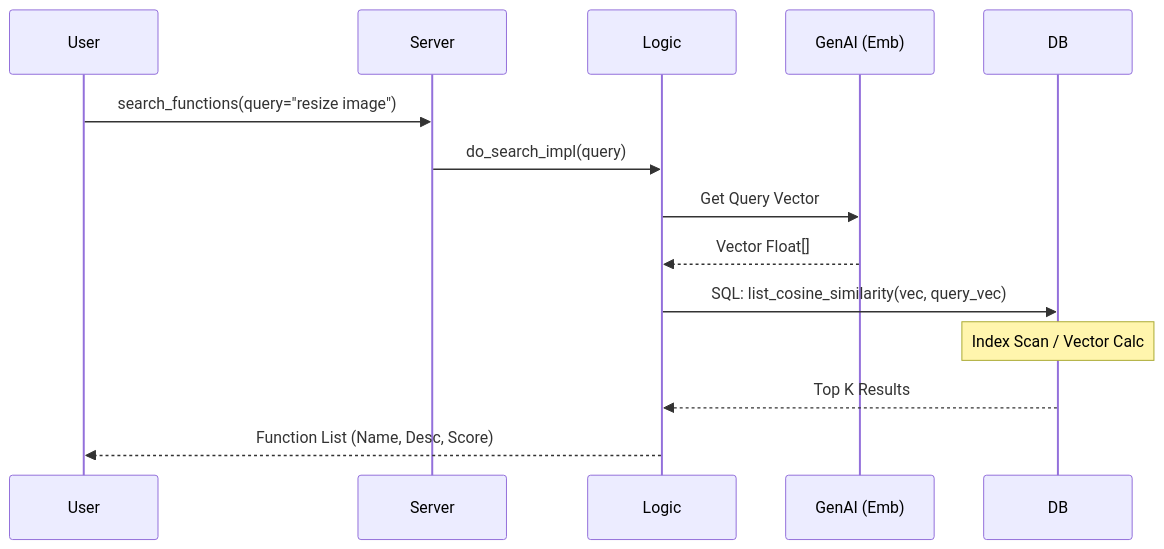
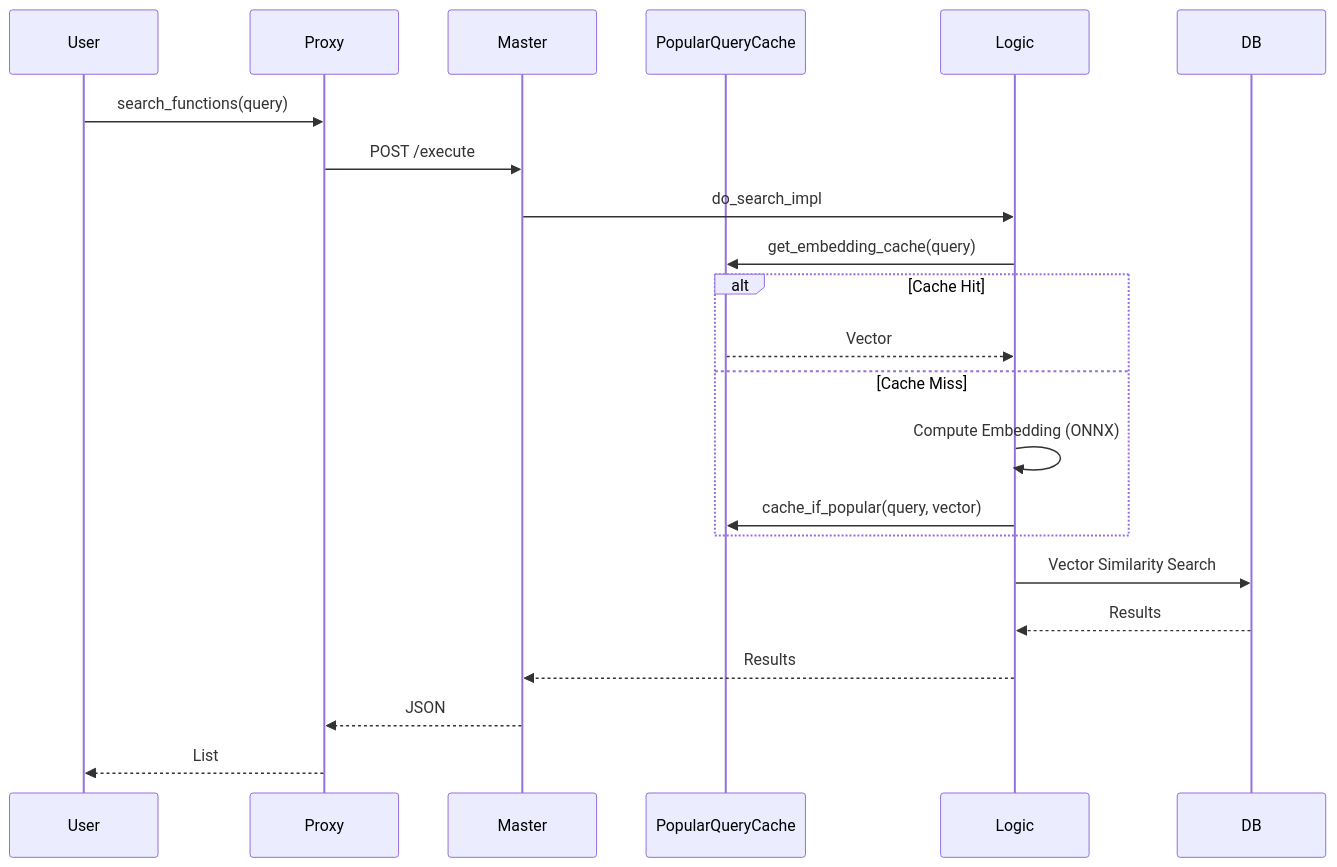
Before and after one commit to Ayato-AI-for-Auto/function-store-mcp: the fourth of 4 diagrams in docs/システム詳細設計書.md, drawn with Mermaid. The commit also changed other lines of this file and 58 other files, not shown here.

````diff
--- a/docs/システム詳細設計書.md
+++ b/docs/システム詳細設計書.md
@@ -233,18 +223,27 @@
 ```mermaid
 sequenceDiagram
     participant User
-    participant Server
+    participant Proxy
+    participant Master
+    participant Cache as PopularQueryCache
     participant Logic
-    participant GenAI (Emb)
     participant DB
 
-    User->>Server: search_functions(query="resize image")
-    Server->>Logic: do_search_impl(query)
-    Logic->>GenAI (Emb): Get Query Vector
-    GenAI (Emb)-->>Logic: Vector Float[]
+    User->>Proxy: search_functions(query)
+    Proxy->>Master: POST /execute
+    Master->>Logic: do_search_impl
     
-    Logic->>DB: SQL: list_cosine_similarity(vec, query_vec)
-    Note over DB: Index Scan / Vector Calc
-    DB-->>Logic: Top K Results
-    Logic-->>User: Function List (Name, Desc, Score)
+    Logic->>Cache: get_embedding_cache(query)
+    alt Cache Hit
+        Cache-->>Logic: Vector
+    else Cache Miss
+        Logic->>Logic: Compute Embedding (ONNX)
+        Logic->>Cache: cache_if_popular(query, vector)
+    end
+    
+    Logic->>DB: Vector Similarity Search
+    DB-->>Logic: Results
+    Logic-->>Master: Results
+    Master-->>Proxy: JSON
+    Proxy-->>User: List
 ```
````
